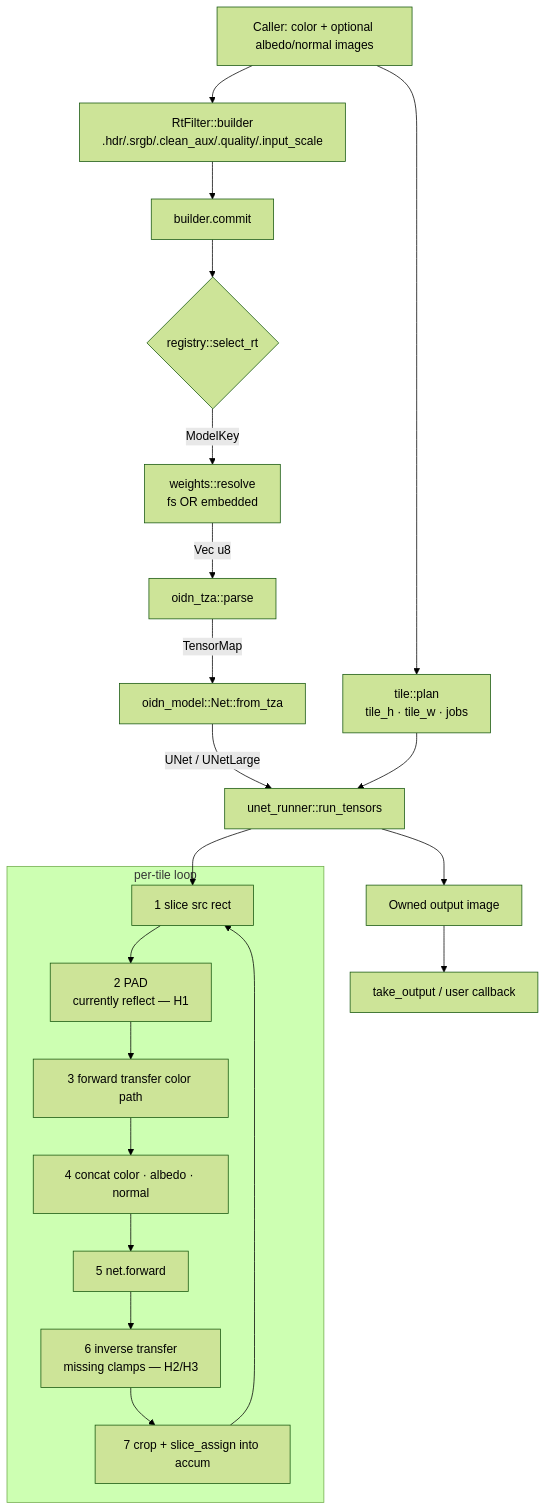
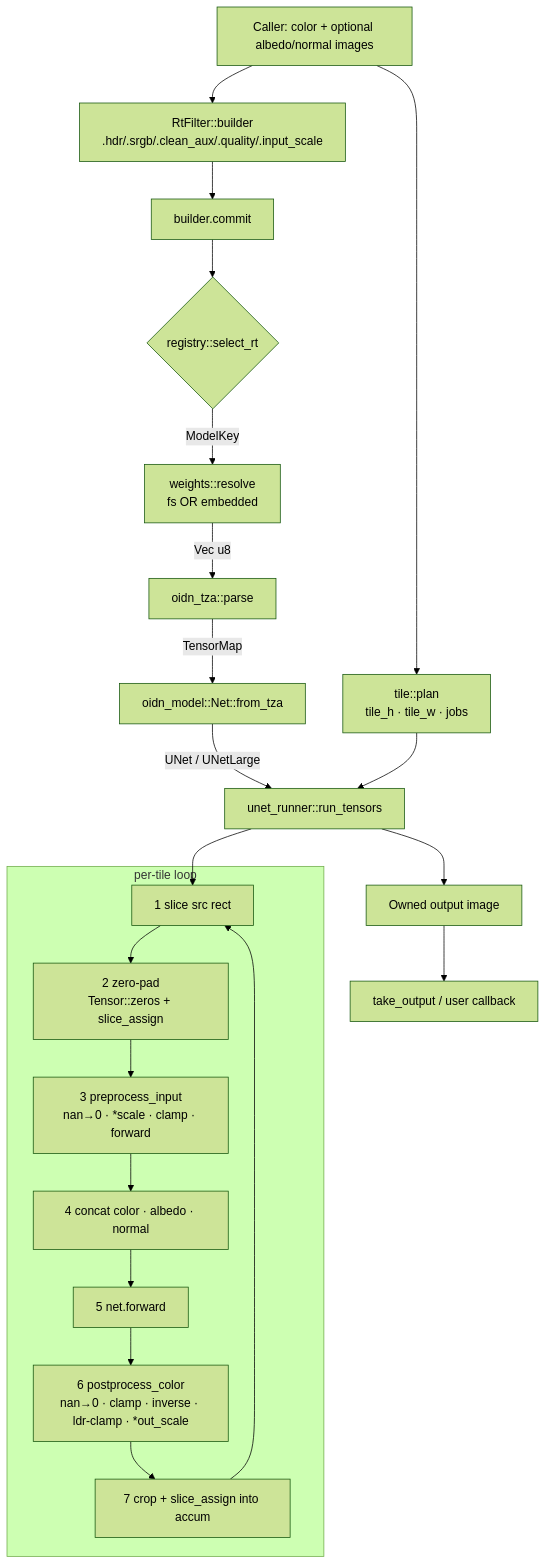
One commit to ssoj13/oidn-rs changed the second of 8 diagrams in DIAGRAMS.md. Above: the diagram before and after it, drawn with Mermaid (forest theme). The commit also changed other lines of this file and 3 other files, not shown here.

First line of the commit message:
docs: update README/CHANGELOG/AGENTS/DIAGRAMS to post-bughunt state

````diff
--- a/DIAGRAMS.md
+++ b/DIAGRAMS.md
@@ -26,25 +26,25 @@
 ```mermaid
 flowchart TB
     A[Caller: color + optional albedo/normal images] --> B[RtFilter::builder<br/>.hdr/.srgb/.clean_aux/.quality/.input_scale]
     B --> C[builder.commit]
     C --> D{registry::select_rt}
     D -- ModelKey --> E[weights::resolve<br/>fs OR embedded]
     E -- Vec u8 --> F[oidn_tza::parse]
     F -- TensorMap --> G[oidn_model::Net::from_tza]
     G -- UNet / UNetLarge --> H[unet_runner::run_tensors]
     A --> I[tile::plan<br/>tile_h · tile_w · jobs]
     I --> H
     H --> J[Owned output image]
     J --> K[take_output / user callback]
 
     subgraph T[per-tile loop]
-        T1[1 slice src rect] --> T2[2 PAD<br/>currently reflect — H1]
-        T2 --> T3[3 forward transfer color path]
+        T1[1 slice src rect] --> T2[2 zero-pad<br/>Tensor::zeros + slice_assign]
+        T2 --> T3[3 preprocess_input<br/>nan→0 · *scale · clamp · forward]
         T3 --> T4[4 concat color · albedo · normal]
         T4 --> T5[5 net.forward]
-        T5 --> T6[6 inverse transfer<br/>missing clamps — H2/H3]
+        T5 --> T6[6 postprocess_color<br/>nan→0 · clamp · inverse · ldr-clamp · *out_scale]
         T6 --> T7[7 crop + slice_assign into accum]
         T7 --> T1
     end
     H --> T1
 ```
````
